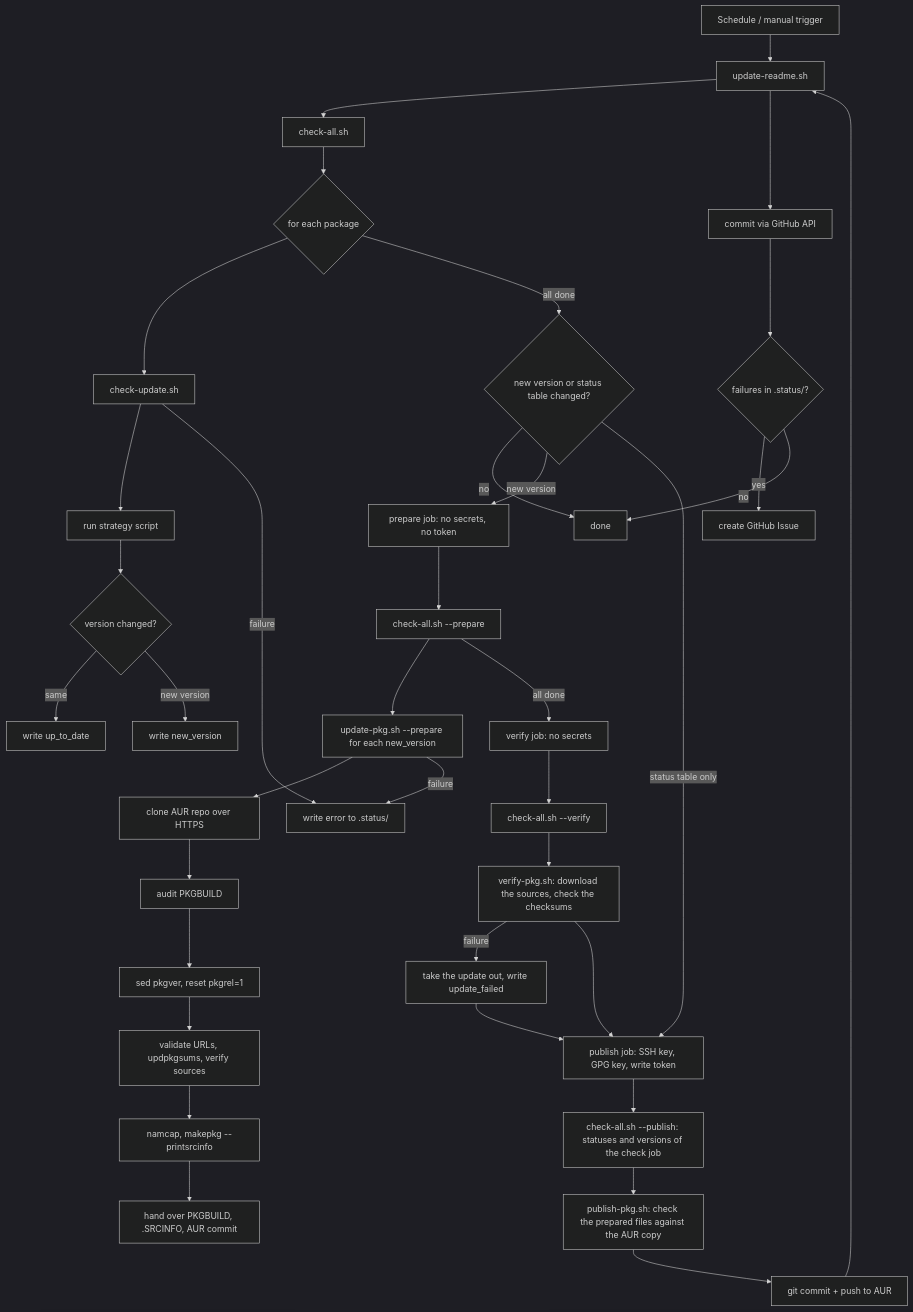
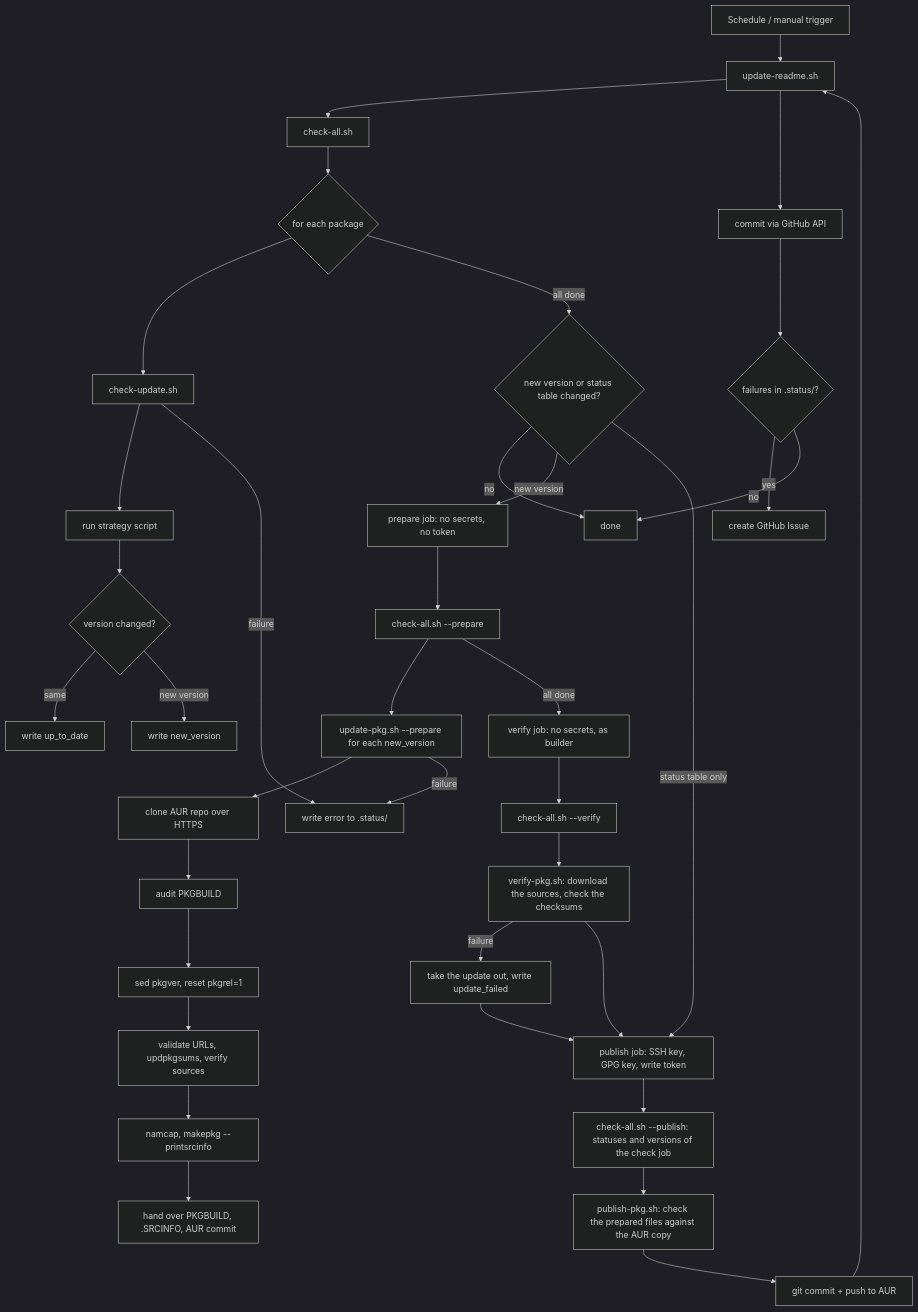
Before and after one commit to staticwire/aurtomator: the diagram in docs/WORKFLOW.md, drawn with Mermaid (dark theme). The commit also changed other lines of this file and 2 other files, not shown here.

Commit message:
fix(workflow): run verify as builder

````diff
--- a/docs/WORKFLOW.md
+++ b/docs/WORKFLOW.md
@@ -20,39 +20,39 @@
 ```mermaid
 flowchart TD
     A[Schedule / manual trigger] --> K[check job: read-only token, no PKGBUILD]
     K --> B[check-all.sh]
     B --> C{for each package}
     C --> D[check-update.sh]
     D --> E[run strategy script]
     E --> F{version changed?}
     F -->|same| G[write up_to_date]
     F -->|new version| G2[write new_version]
     C -->|all done| W{new version or status table changed?}
     W -->|no| O[done]
     W -->|new version| P[prepare job: no secrets, no token]
     W -->|status table only| Q
     P --> B2[check-all.sh --prepare]
     B2 --> H[update-pkg.sh --prepare for each new_version]
     H --> H1[clone AUR repo over HTTPS]
     H1 --> H2[audit PKGBUILD]
     H2 --> H3[sed pkgver, reset pkgrel=1]
     H3 --> H4[validate URLs, updpkgsums, verify sources]
     H4 --> H5[namcap, makepkg --printsrcinfo]
     H5 --> H6[hand over PKGBUILD, .SRCINFO, AUR commit]
     H -->|failure| J[write error to .status/]
     D -->|failure| J
-    B2 -->|all done| V[verify job: no secrets]
+    B2 -->|all done| V[verify job: no secrets, as builder]
     V --> V1[check-all.sh --verify]
     V1 --> V2[verify-pkg.sh: download the sources, check the checksums]
     V2 -->|failure| V3[take the update out, write update_failed]
     V2 --> Q[publish job: SSH key, GPG key, write token]
     V3 --> Q
     Q --> R[check-all.sh --publish: statuses and versions of the check job]
     R --> R2[publish-pkg.sh: check the prepared files against the AUR copy]
     R2 --> R3[git commit + push to AUR]
     R3 --> K[update-readme.sh]
     K --> L[commit via GitHub API]
     L --> M{failures in .status/?}
     M -->|yes| N[create GitHub Issue]
     M -->|no| O
 ```
````
